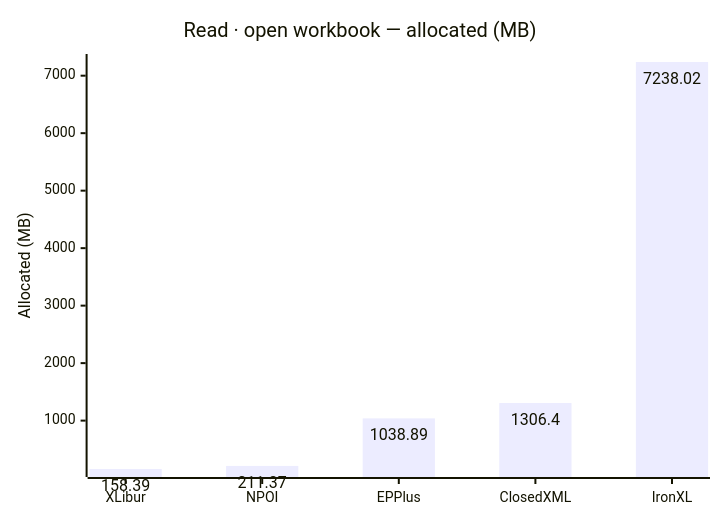
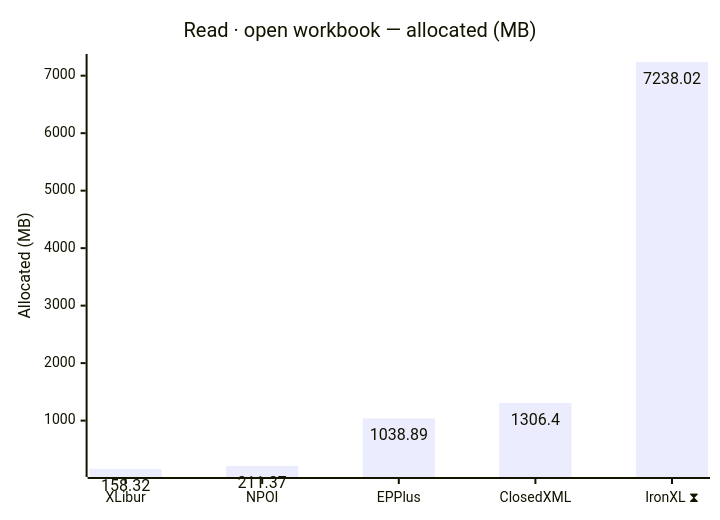
Before and after one commit to jafin/XLBench: the second of 8 diagrams in docs/results.md, drawn with Mermaid. The commit also changed other lines of this file and 2 other files, not shown here.

First line of the commit message:
docs: refresh benchmark results on XLibur 0.200.0

````diff
--- a/docs/results.md
+++ b/docs/results.md
@@ -48,12 +52,12 @@
 ```mermaid
 ---
 config:
   xyChart:
     showDataLabel: true
 ---
 xychart-beta
     title "Read · open workbook — allocated (MB)"
-    x-axis ["XLibur", "NPOI", "EPPlus", "ClosedXML", "IronXL"]
+    x-axis ["XLibur", "NPOI", "EPPlus", "ClosedXML", "IronXL ⧗"]
     y-axis "Allocated (MB)"
-    bar [158.39, 211.37, 1038.89, 1306.4, 7238.02]
+    bar [158.32, 211.37, 1038.89, 1306.4, 7238.02]
 ```
````
